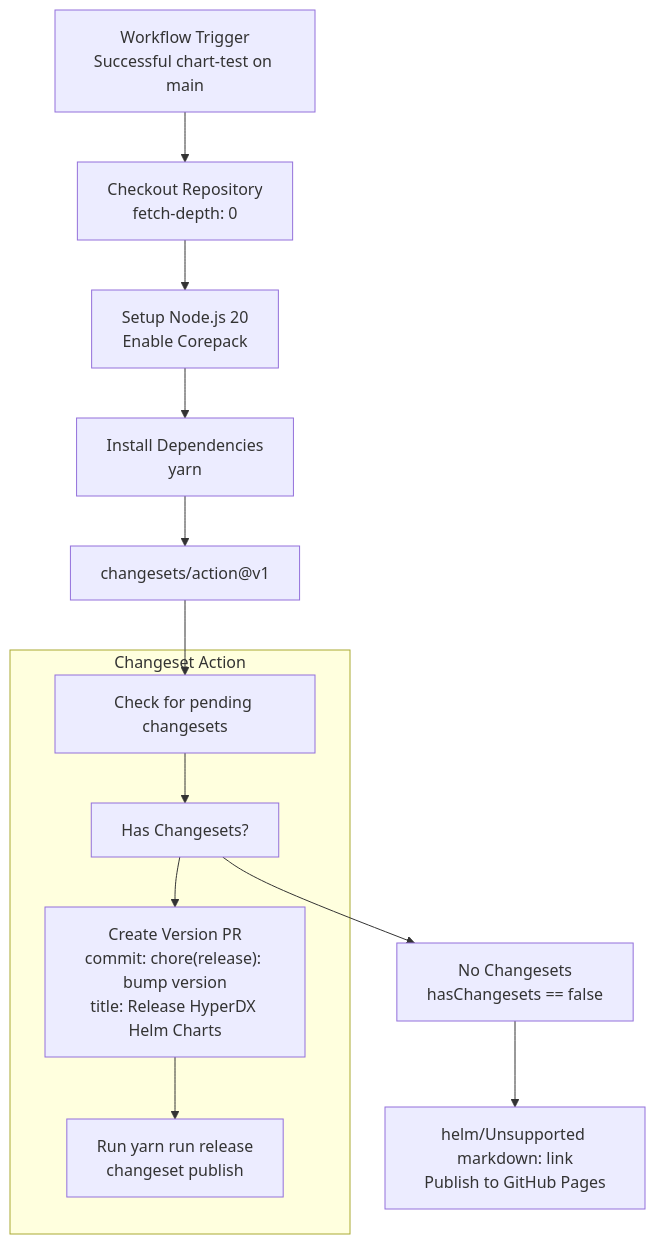
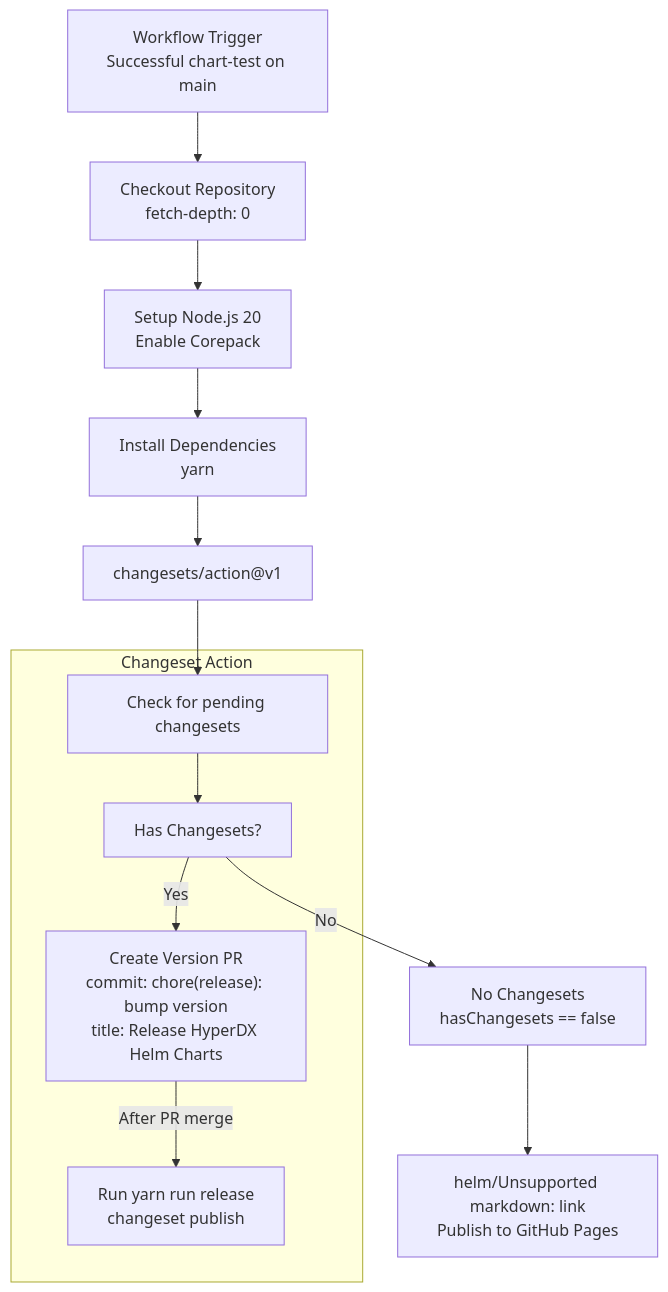
Before and after one commit to openchoreo/openchoreo: the fifth of 5 diagrams in docs/hyperdxio-helm-charts-docs/Development-and-Contributing.md, drawn with Mermaid. The commit also changed 85 other files, not shown here.

Commit message:
feat: Add new workflow and specification templates, update Helm chart dependencies, and clarify documentation diagrams.

````diff
--- a/docs/hyperdxio-helm-charts-docs/Development-and-Contributing.md
+++ b/docs/hyperdxio-helm-charts-docs/Development-and-Contributing.md
@@ -313,33 +313,33 @@
 ```mermaid
 flowchart TD
 
 Trigger["Workflow Trigger<br>Successful chart-test on main"]
 Checkout["Checkout Repository<br>fetch-depth: 0"]
 Setup["Setup Node.js 20<br>Enable Corepack"]
 Install["Install Dependencies<br>yarn"]
 ChangesetAction["changesets/action@v1"]
 CheckChangesets["Check for pending changesets"]
 HasChangesets["Has Changesets?"]
 CreateVersionPR["Create Version PR<br>commit: chore(release): bump version<br>title: Release HyperDX Helm Charts"]
 RunPublish["Run yarn run release<br>changeset publish"]
 NoChangesets["No Changesets<br>hasChangesets == false"]
 ChartReleaser["helm/Unsupported markdown: link<br>Publish to GitHub Pages"]
 
 Trigger --> Checkout
 Checkout --> Setup
 Setup --> Install
 Install --> ChangesetAction
 ChangesetAction --> CheckChangesets
-HasChangesets --> NoChangesets
+HasChangesets -->|"No"| NoChangesets
 NoChangesets --> ChartReleaser
 
 subgraph subGraph0 ["Changeset Action"]
     CheckChangesets
     HasChangesets
     CreateVersionPR
     RunPublish
     CheckChangesets --> HasChangesets
-    HasChangesets --> CreateVersionPR
-    CreateVersionPR --> RunPublish
+    HasChangesets -->|"Yes"| CreateVersionPR
+    CreateVersionPR -->|"After PR merge"| RunPublish
 end
 ```
````
